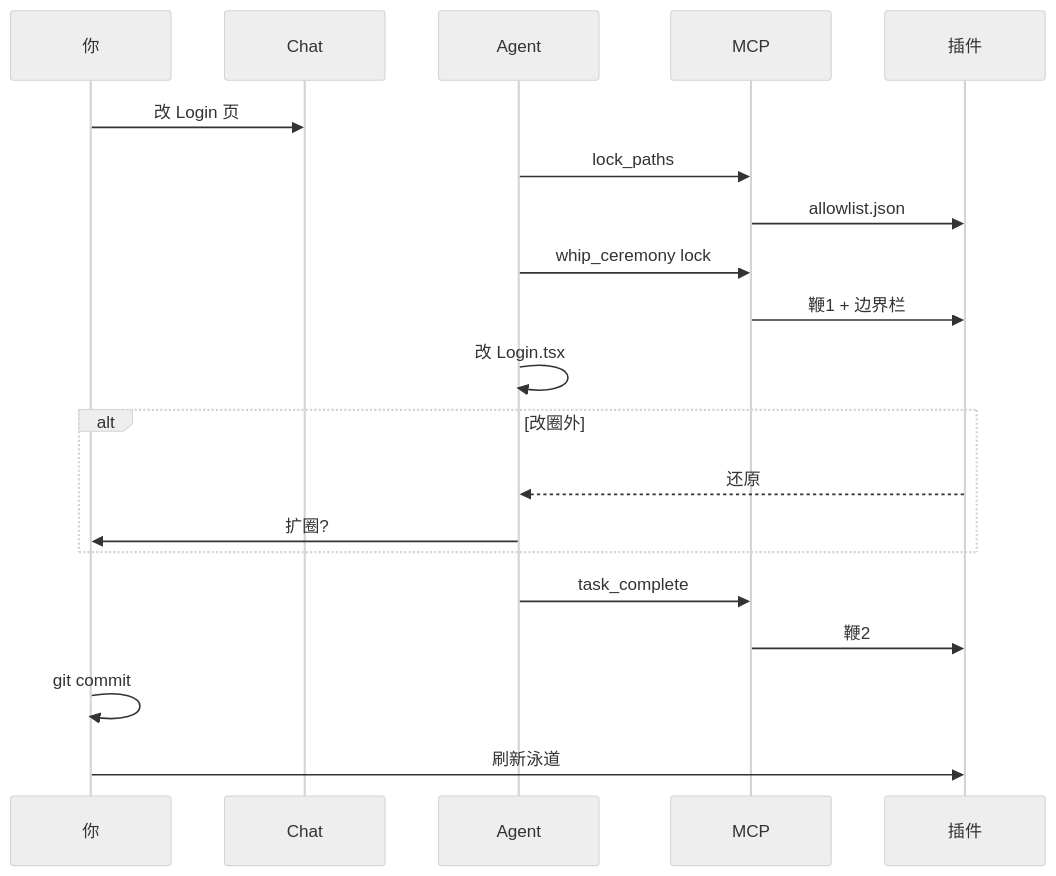
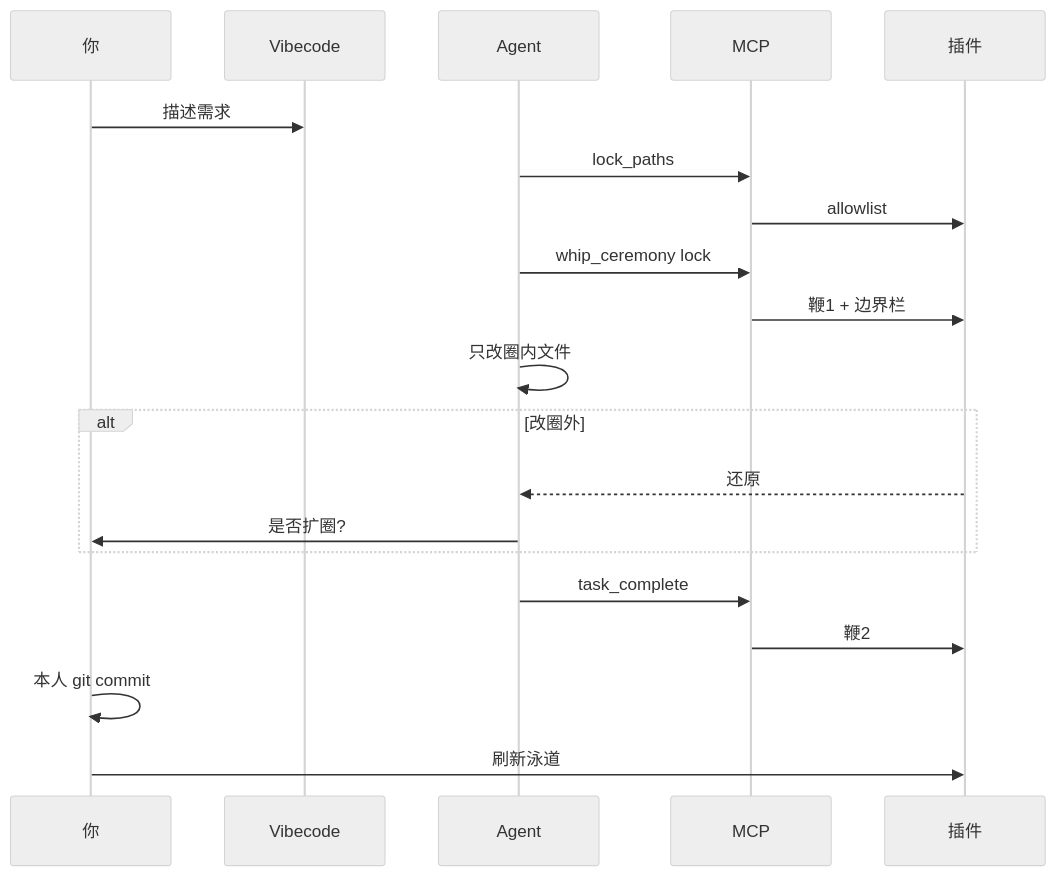
One commit to waitamomentC/horsewhip changed the second of 2 diagrams in README.md. Above: the diagram before and after it, drawn with Mermaid (neutral theme). The commit also changed other lines of this file and 8 other files, not shown here.

````diff
--- a/README.md
+++ b/README.md
@@ -187,23 +95,23 @@
 ```mermaid
 sequenceDiagram
   participant U as 你
-  participant C as Chat
+  participant V as Vibecode
   participant A as Agent
   participant M as MCP
   participant E as 插件
 
-  U->>C: 改 Login 页
+  U->>V: 描述需求
   A->>M: lock_paths
-  M->>E: allowlist.json
+  M->>E: allowlist
   A->>M: whip_ceremony lock
   M->>E: 鞭1 + 边界栏
-  A->>A: 改 Login.tsx
+  A->>A: 只改圈内文件
   alt 改圈外
     E-->>A: 还原
-    A->>U: 扩圈?
+    A->>U: 是否扩圈?
   end
   A->>M: task_complete
   M->>E: 鞭2
-  U->>U: git commit
+  U->>U: 本人 git commit
   U->>E: 刷新泳道
 ```
````
